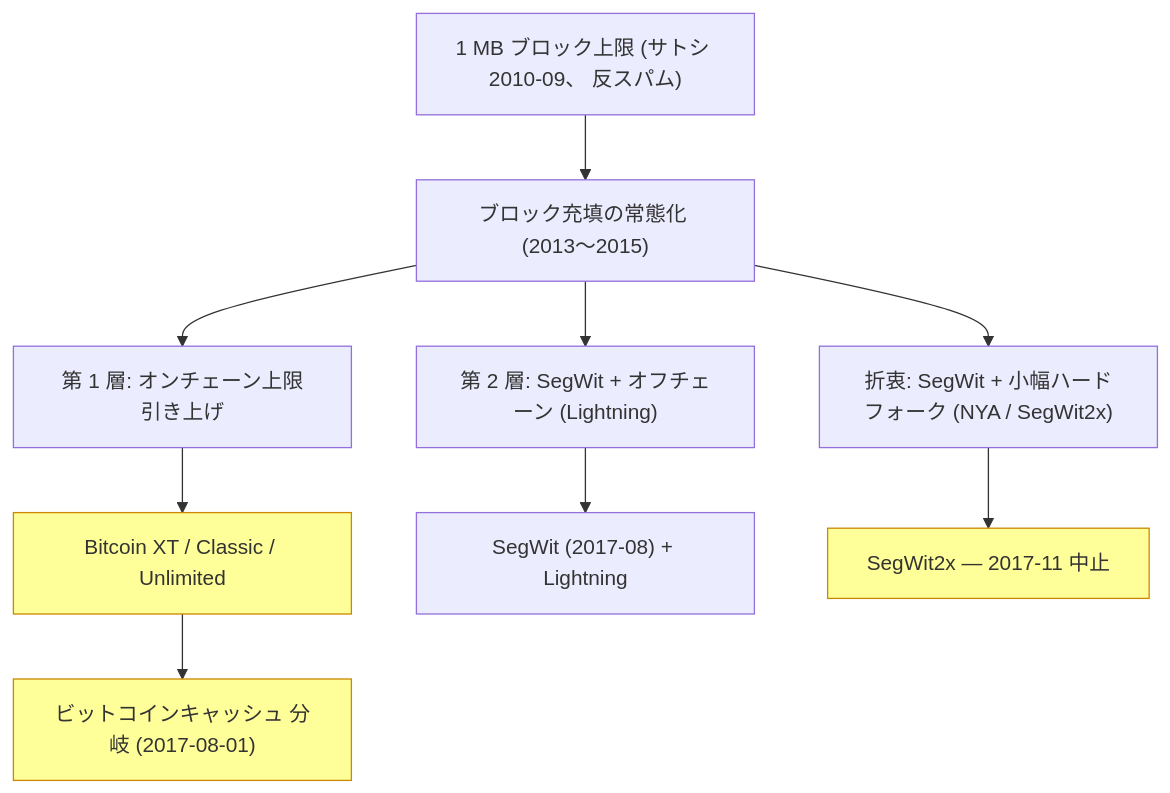
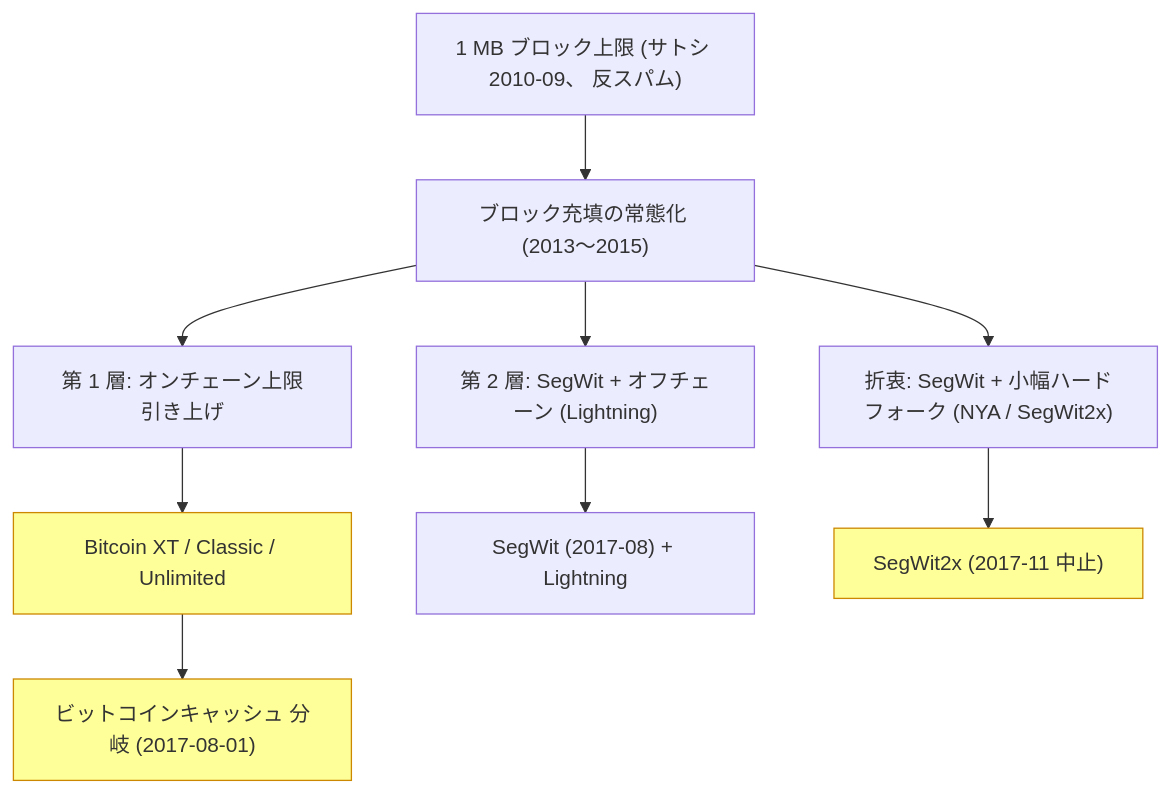
Before and after one commit to cypher256/BitcoinArchive: the second of 2 diagrams in src/data/translations/ja/analysis/2015-08-15-block-size-war-2015-2017-overview.md, drawn with Mermaid. The commit also changed other lines of this file and 73 other files, not shown here.

````diff
--- a/src/data/translations/ja/analysis/2015-08-15-block-size-war-2015-2017-overview.md
+++ b/src/data/translations/ja/analysis/2015-08-15-block-size-war-2015-2017-overview.md
@@ -77,18 +77,18 @@
 ```mermaid
 flowchart TD
     A["1 MB ブロック上限 (サトシ 2010-09、 反スパム)"]
     B["ブロック充填の常態化 (2013〜2015)"]
     C["第 1 層: オンチェーン上限引き上げ"]
     D["第 2 層: SegWit + オフチェーン (Lightning)"]
     E["折衷: SegWit + 小幅ハードフォーク (NYA / SegWit2x)"]
     A --> B
     B --> C
     B --> D
     B --> E
     C --> XT["Bitcoin XT / Classic / Unlimited"]
     D --> SW["SegWit (2017-08) + Lightning"]
-    E --> NYA["SegWit2x ― 2017-11 中止"]
+    E --> NYA["SegWit2x (2017-11 中止)"]
     XT --> BCH["ビットコインキャッシュ 分岐 (2017-08-01)"]
     classDef warn fill:#ffff99,stroke:#c80
     class XT,NYA,BCH warn
 ```
````
